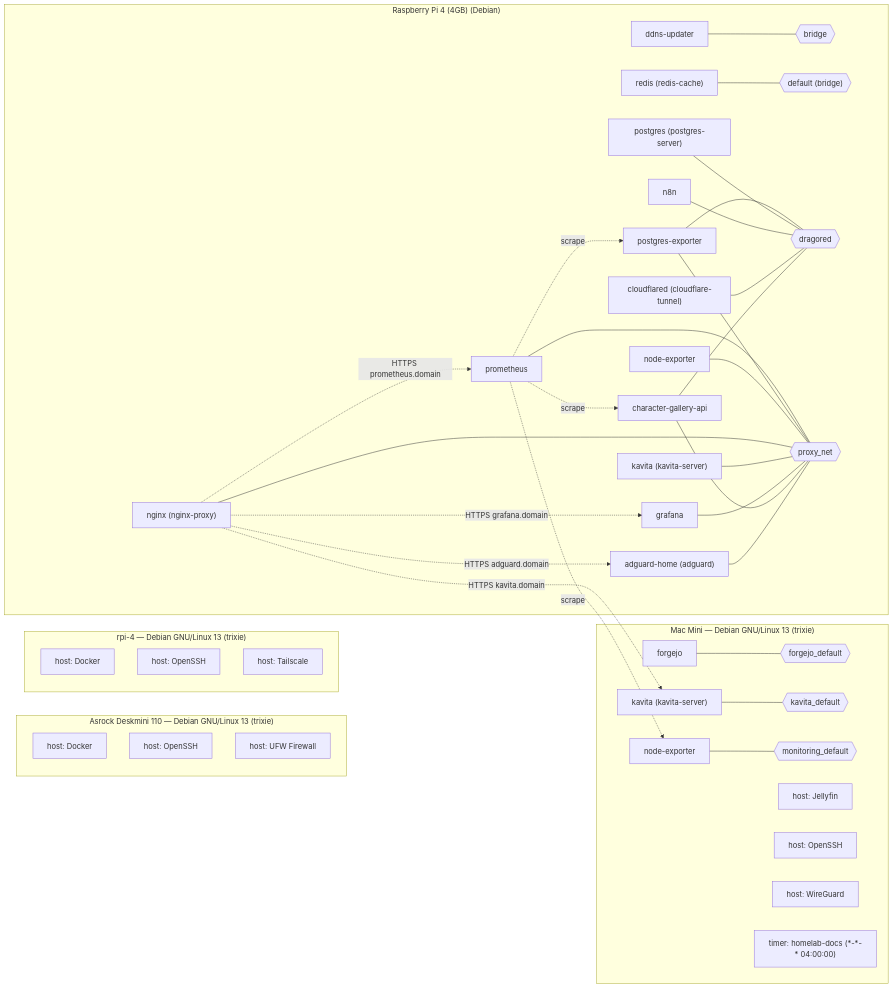
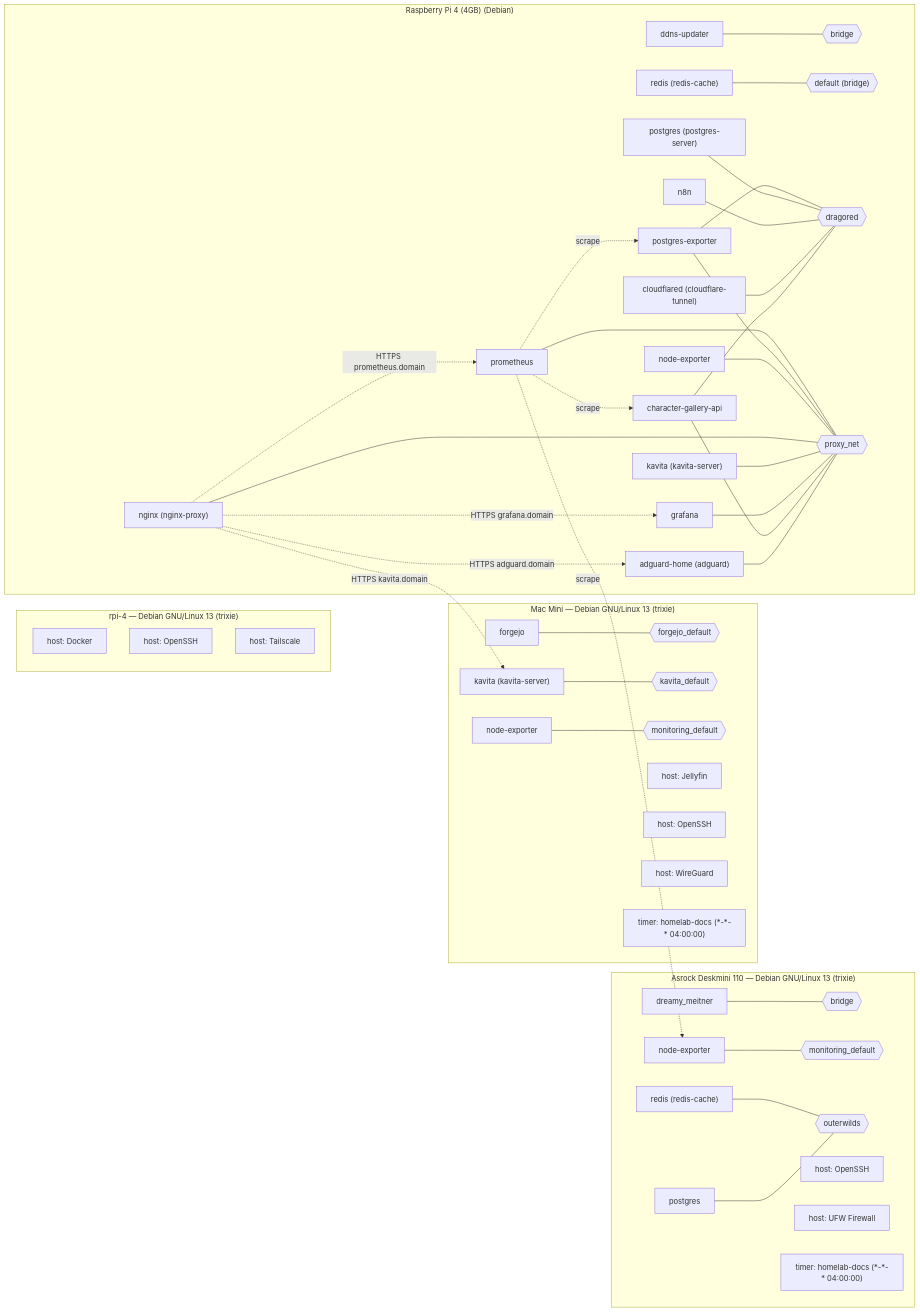
The diagram in README.md (dZev1/home-lab), drawn with Mermaid before and after one commit. The commit also changed other lines of this file and 1 other file, not shown here.

Commit message:
docs: auto-update homelab inventory and topology [skip ci]

````diff
--- a/README.md
+++ b/README.md
@@ -36,69 +36,80 @@
 ```mermaid
 flowchart LR
   subgraph node_deskmini["Asrock Deskmini 110 — Debian GNU/Linux 13 (trixie)"]
-    hs_deskmini_0["host: Docker"]
+    net_deskmini_bridge{{"bridge"}}
+    net_deskmini_monitoring_default{{"monitoring_default"}}
+    net_deskmini_outerwilds{{"outerwilds"}}
+    svc_deskmini_dreamy_meitner["dreamy_meitner"]
+    svc_deskmini_dreamy_meitner --- net_deskmini_bridge
+    svc_deskmini_node_exporter["node-exporter"]
+    svc_deskmini_node_exporter --- net_deskmini_monitoring_default
+    svc_deskmini_postgres["postgres"]
+    svc_deskmini_postgres --- net_deskmini_outerwilds
+    svc_deskmini_redis["redis (redis-cache)"]
+    svc_deskmini_redis --- net_deskmini_outerwilds
     hs_deskmini_1["host: OpenSSH"]
     hs_deskmini_2["host: UFW Firewall"]
+    tm_deskmini_0["timer: homelab-docs (*-*-* 04:00:00)"]
   end
   subgraph node_mac_mini["Mac Mini — Debian GNU/Linux 13 (trixie)"]
     net_mac-mini_forgejo_default{{"forgejo_default"}}
     net_mac-mini_kavita_default{{"kavita_default"}}
     net_mac-mini_monitoring_default{{"monitoring_default"}}
     svc_mac-mini_forgejo["forgejo"]
     svc_mac-mini_forgejo --- net_mac-mini_forgejo_default
     svc_mac-mini_kavita["kavita (kavita-server)"]
     svc_mac-mini_kavita --- net_mac-mini_kavita_default
     svc_mac-mini_node_exporter["node-exporter"]
     svc_mac-mini_node_exporter --- net_mac-mini_monitoring_default
     hs_mac-mini_1["host: Jellyfin"]
     hs_mac-mini_2["host: OpenSSH"]
     hs_mac-mini_3["host: WireGuard"]
     tm_mac-mini_0["timer: homelab-docs (*-*-* 04:00:00)"]
   end
   subgraph node_rpi_4["rpi-4 — Debian GNU/Linux 13 (trixie)"]
     hs_rpi-4_0["host: Docker"]
     hs_rpi-4_1["host: OpenSSH"]
     hs_rpi-4_2["host: Tailscale"]
   end
   subgraph node_rpi4["Raspberry Pi 4 (4GB) (Debian)"]
     net_rpi4_bridge{{"bridge"}}
     net_rpi4_default__bridge_{{"default (bridge)"}}
     net_rpi4_dragored{{"dragored"}}
     net_rpi4_proxy_net{{"proxy_net"}}
     svc_rpi4_adguard_home["adguard-home (adguard)"]
     svc_rpi4_adguard_home --- net_rpi4_proxy_net
     svc_rpi4_character_gallery_api["character-gallery-api"]
     svc_rpi4_character_gallery_api --- net_rpi4_dragored
     svc_rpi4_character_gallery_api --- net_rpi4_proxy_net
     svc_rpi4_cloudflared["cloudflared (cloudflare-tunnel)"]
     svc_rpi4_cloudflared --- net_rpi4_dragored
     svc_rpi4_ddns_updater["ddns-updater"]
     svc_rpi4_ddns_updater --- net_rpi4_bridge
     svc_rpi4_grafana["grafana"]
     svc_rpi4_grafana --- net_rpi4_proxy_net
     svc_rpi4_kavita["kavita (kavita-server)"]
     svc_rpi4_kavita --- net_rpi4_proxy_net
     svc_rpi4_n8n["n8n"]
     svc_rpi4_n8n --- net_rpi4_dragored
     svc_rpi4_nginx["nginx (nginx-proxy)"]
     svc_rpi4_nginx --- net_rpi4_proxy_net
     svc_rpi4_node_exporter["node-exporter"]
     svc_rpi4_node_exporter --- net_rpi4_proxy_net
     svc_rpi4_postgres["postgres (postgres-server)"]
     svc_rpi4_postgres --- net_rpi4_dragored
     svc_rpi4_postgres_exporter["postgres-exporter"]
     svc_rpi4_postgres_exporter --- net_rpi4_proxy_net
     svc_rpi4_postgres_exporter --- net_rpi4_dragored
     svc_rpi4_prometheus["prometheus"]
     svc_rpi4_prometheus --- net_rpi4_proxy_net
     svc_rpi4_redis["redis (redis-cache)"]
     svc_rpi4_redis --- net_rpi4_default__bridge_
   end
   svc_rpi4_nginx -. "HTTPS adguard.domain" .-> svc_rpi4_adguard_home
   svc_rpi4_nginx -. "HTTPS grafana.domain" .-> svc_rpi4_grafana
   svc_rpi4_nginx -. "HTTPS prometheus.domain" .-> svc_rpi4_prometheus
   svc_rpi4_nginx -. "HTTPS kavita.domain" .-> svc_mac-mini_kavita
-  svc_rpi4_prometheus -. "scrape" .-> svc_mac-mini_node_exporter
+  svc_rpi4_prometheus -. "scrape" .-> svc_deskmini_node_exporter
   svc_rpi4_prometheus -. "scrape" .-> svc_rpi4_character_gallery_api
   svc_rpi4_prometheus -. "scrape" .-> svc_rpi4_postgres_exporter
 ```
````
